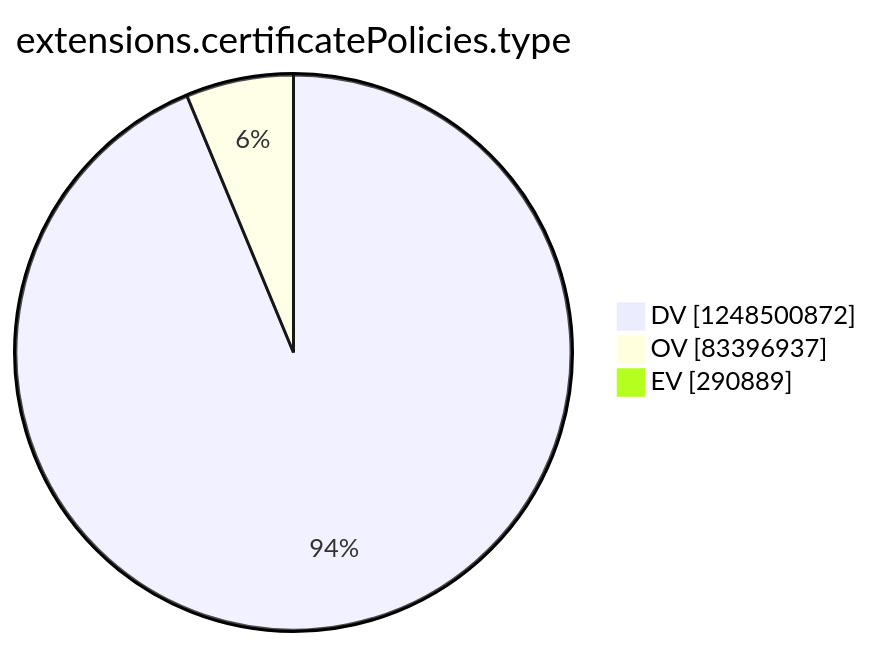
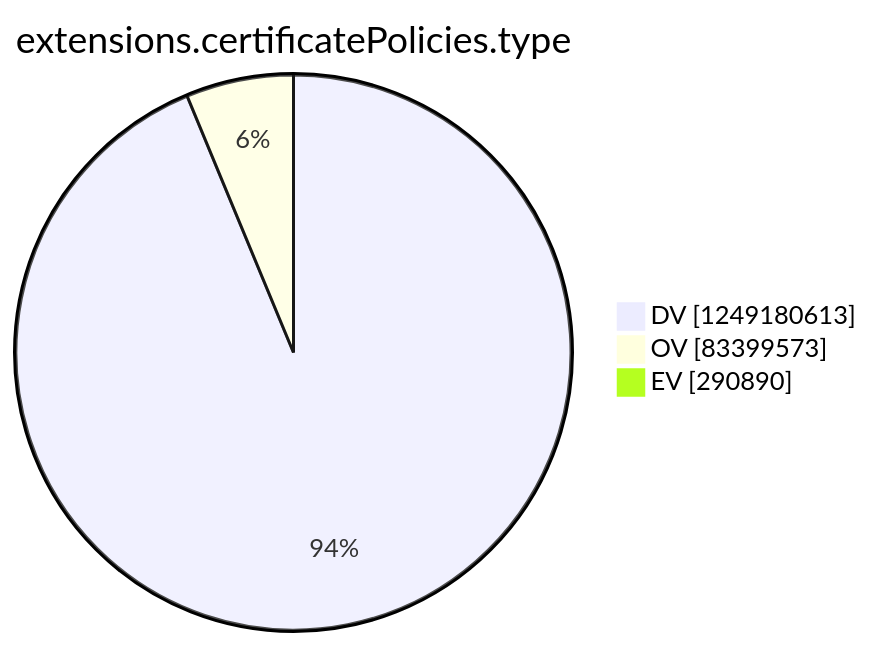
The tenth of 15 diagrams in argon2022/README.md (christiankrug/ctmonitor_visualization), drawn with Mermaid before and after one commit. The commit also changed other lines of this file, not shown here.

````diff
--- a/argon2022/README.md
+++ b/argon2022/README.md
@@ -2771,7 +2771,7 @@
 ```mermaid
 pie showData
 title extensions.certificatePolicies.type
-"DV" :1248500872
-"OV" :83396937
-"EV" :290889
+"DV" :1249180613
+"OV" :83399573
+"EV" :290890
 ```
````
